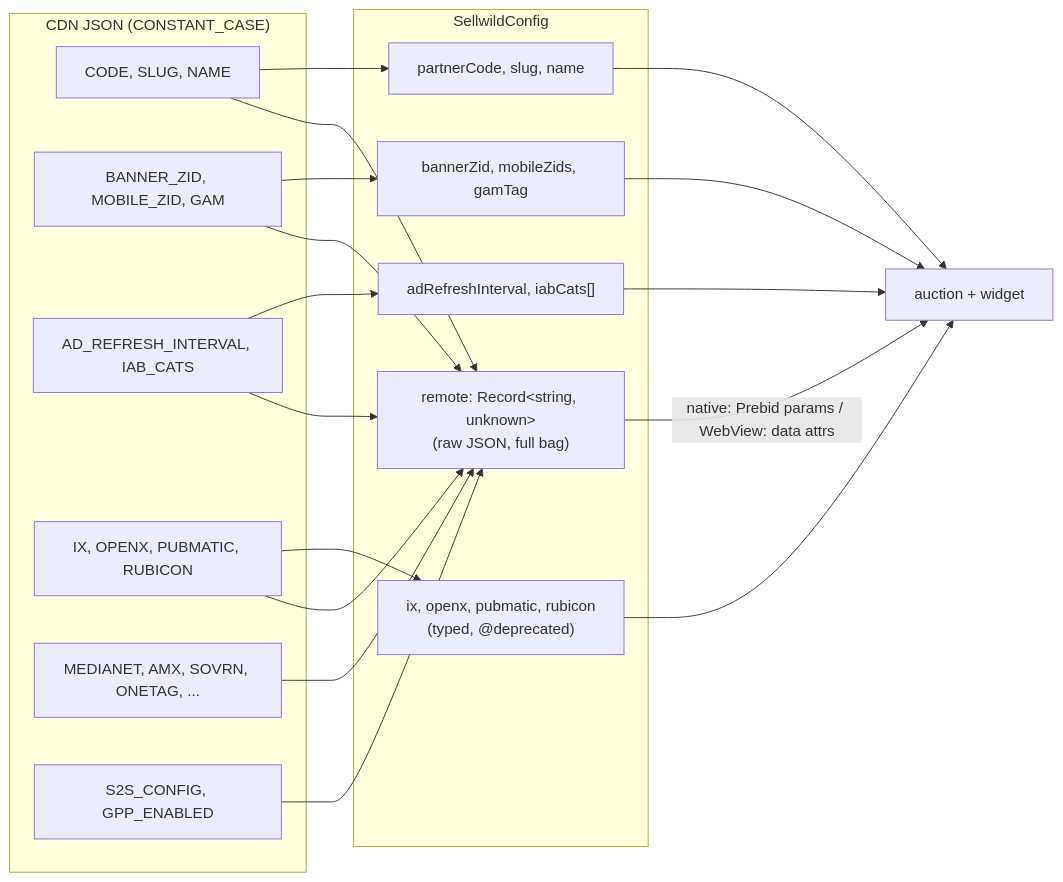
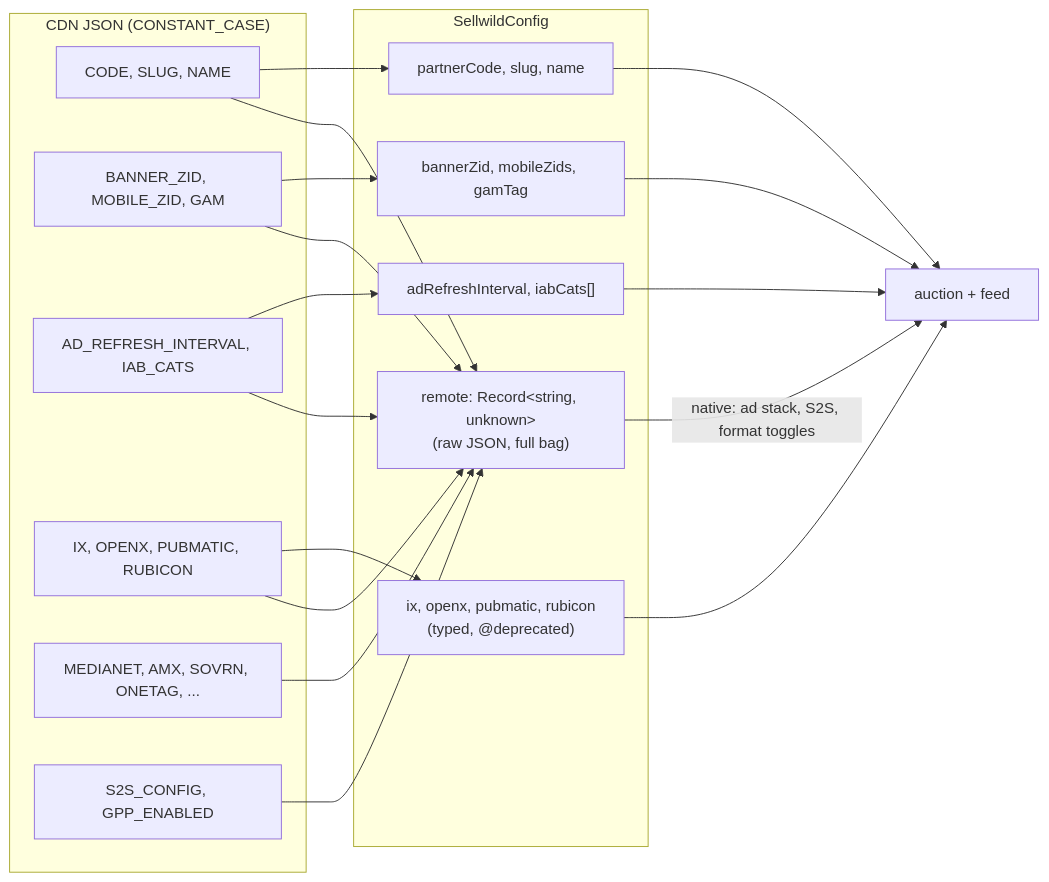
Before and after one commit to Antengo/sellwild-sdk: the fifth of 6 diagrams in ARCHITECTURE.md, drawn with Mermaid. The commit also changed other lines of this file and 52 other files, not shown here.

````diff
--- a/ARCHITECTURE.md
+++ b/ARCHITECTURE.md
@@ -174,36 +177,36 @@
 ```mermaid
 flowchart LR
     subgraph CDN["CDN JSON (CONSTANT_CASE)"]
         K1["CODE, SLUG, NAME"]
         K2["BANNER_ZID, MOBILE_ZID, GAM"]
         K3["AD_REFRESH_INTERVAL, IAB_CATS"]
         K4["IX, OPENX, PUBMATIC, RUBICON"]
         K5["MEDIANET, AMX, SOVRN, ONETAG, ..."]
         K6["S2S_CONFIG, GPP_ENABLED"]
     end
 
     subgraph SDK["SellwildConfig"]
         T1["partnerCode, slug, name"]
         T2["bannerZid, mobileZids, gamTag"]
         T3["adRefreshInterval, iabCats[]"]
         T4["ix, openx, pubmatic, rubicon<br/>(typed, @deprecated)"]
         R["remote: Record&lt;string, unknown&gt;<br/>(raw JSON, full bag)"]
     end
 
     K1 --> T1
     K2 --> T2
     K3 --> T3
     K4 --> T4
     K1 --> R
     K2 --> R
     K3 --> R
     K4 --> R
     K5 --> R
     K6 --> R
 
-    R -->|"native: Prebid params / WebView: data attrs"| Sink["auction + widget"]
+    R -->|"native: ad stack, S2S, format toggles"| Sink["auction + feed"]
     T1 --> Sink
     T2 --> Sink
     T3 --> Sink
     T4 --> Sink
 ```
````
